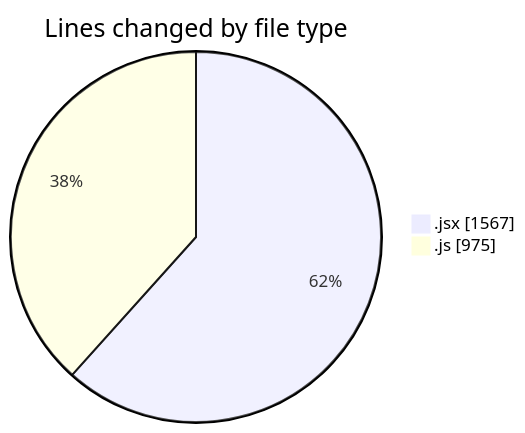
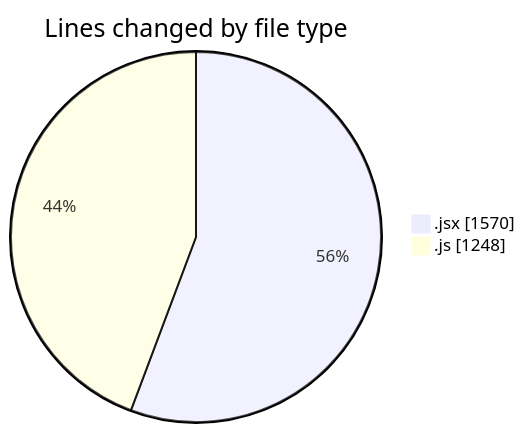
The first of 2 diagrams in 2025-11-06/nxtqube_webapp/README.md (nxtqubesakshisongat/code-tracking), drawn with Mermaid before and after one commit. The commit also changed other lines of this file and 1 other file, not shown here.

````diff
--- a/2025-11-06/nxtqube_webapp/README.md
+++ b/2025-11-06/nxtqube_webapp/README.md
@@ -26,6 +27,6 @@
 ```mermaid
 pie showData
 title Lines changed by file type
-".jsx" : 1567
-".js" : 975
+".jsx" : 1570
+".js" : 1248
 ```
````
